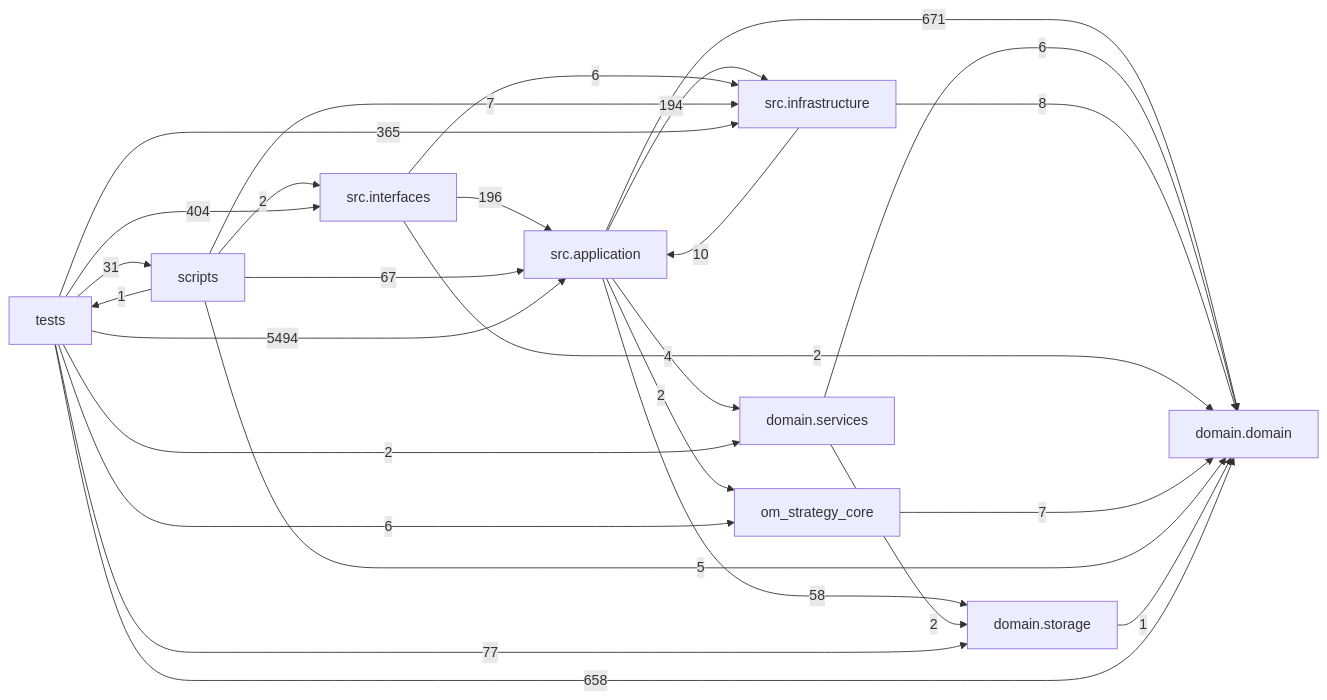
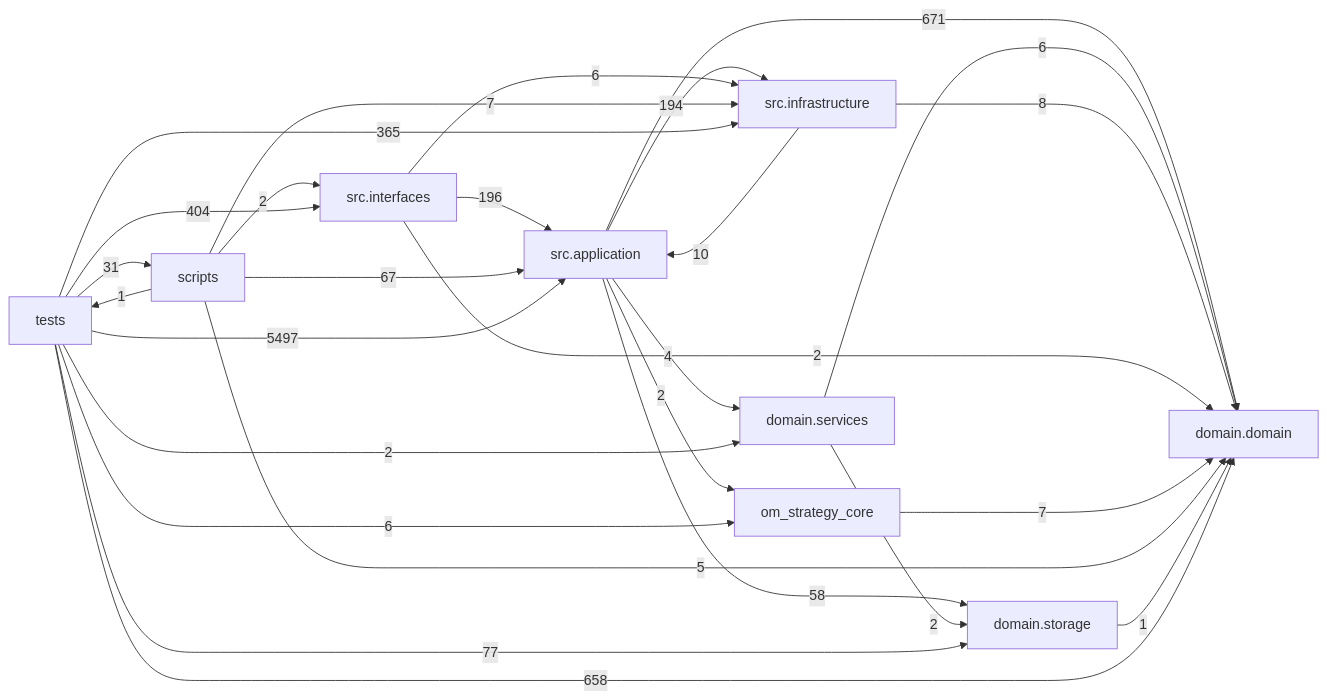
One commit to liuxie066/options-monitor changed the diagram in docs/DEPENDENCY_GRAPH.md. Above: the diagram before and after it, drawn with Mermaid. The commit also changed other lines of this file and 1 other file, not shown here.

````diff
--- a/docs/DEPENDENCY_GRAPH.md
+++ b/docs/DEPENDENCY_GRAPH.md
@@ -24,38 +24,38 @@
 ```mermaid
 flowchart LR
   tests["tests"]
   scripts["scripts"]
   interfaces["src.interfaces"]
   application["src.application"]
   infrastructure["src.infrastructure"]
   domain_services["domain.services"]
   domain["domain.domain"]
   storage["domain.storage"]
   application -->|671| domain
   application -->|4| domain_services
   application -->|194| infrastructure
   application -->|2| om_strategy_core
   application -->|58| storage
   domain_services -->|6| domain
   domain_services -->|2| storage
   infrastructure -->|10| application
   infrastructure -->|8| domain
   interfaces -->|196| application
   interfaces -->|2| domain
   interfaces -->|6| infrastructure
   om_strategy_core -->|7| domain
   scripts -->|67| application
   scripts -->|5| domain
   scripts -->|7| infrastructure
   scripts -->|2| interfaces
   scripts -->|1| tests
   storage -->|1| domain
-  tests -->|5494| application
+  tests -->|5497| application
   tests -->|658| domain
   tests -->|2| domain_services
   tests -->|365| infrastructure
   tests -->|404| interfaces
   tests -->|6| om_strategy_core
   tests -->|31| scripts
   tests -->|77| storage
 ```
````
